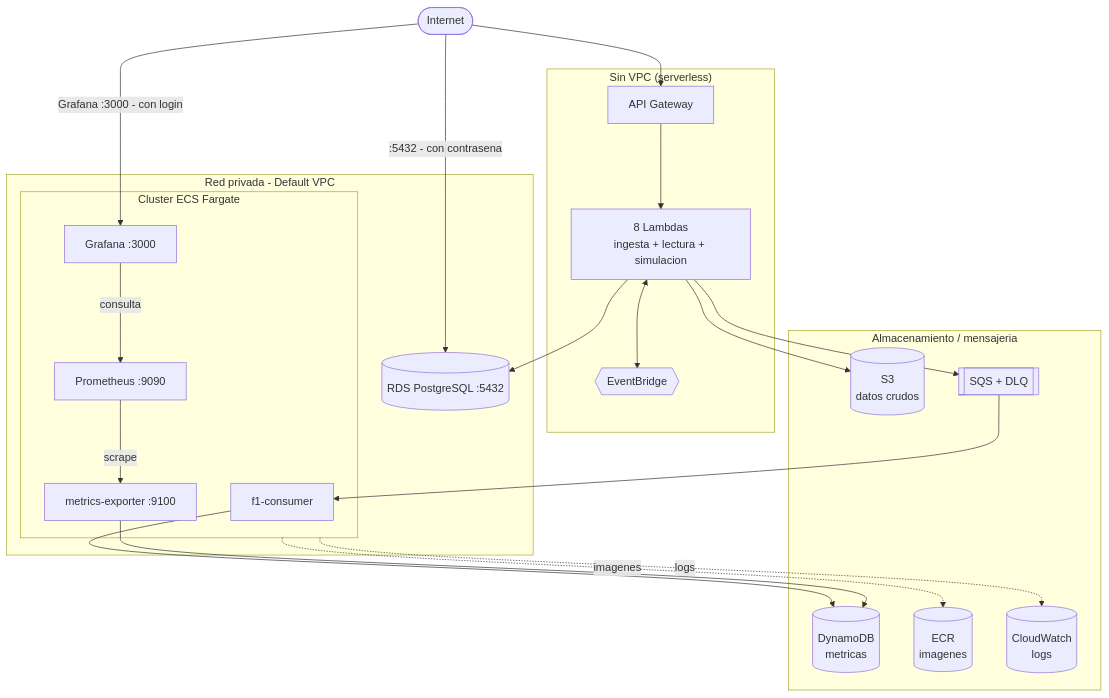
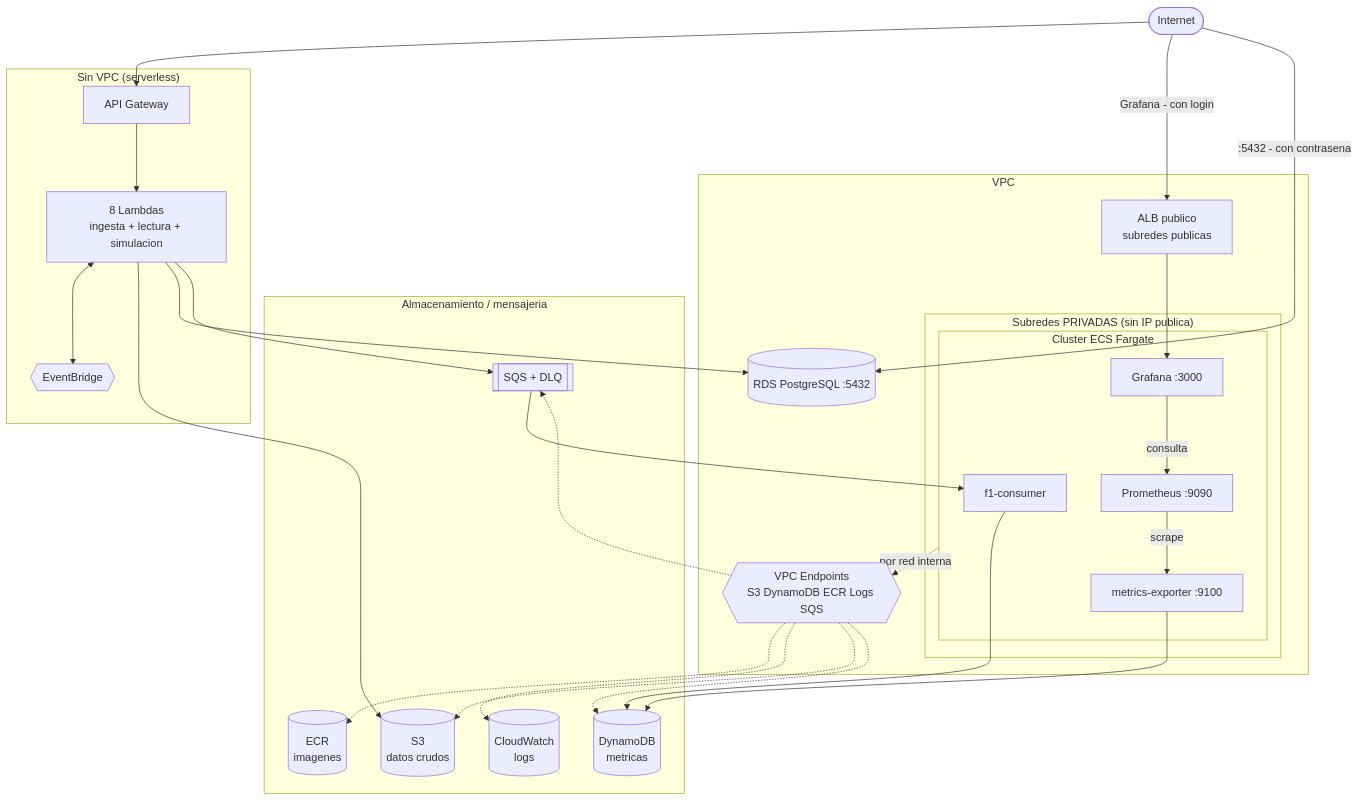
One commit to juanlu-a/RaceTrack changed the second of 2 diagrams in docs/ARQUITECTURA.md. Above: the diagram before and after it, drawn with Mermaid. The commit also changed other lines of this file and 8 other files, not shown here.

First line of the commit message:
Release v1.1.3 — subredes privadas + VPC endpoints + ALB (#45)

````diff
--- a/docs/ARQUITECTURA.md
+++ b/docs/ARQUITECTURA.md
@@ -68,45 +68,53 @@
 ```mermaid
 flowchart TB
     internet([Internet])
 
     subgraph fuera["Sin VPC (serverless)"]
         API[API Gateway]
         EB{{EventBridge}}
         LAMBDAS[8 Lambdas<br/>ingesta + lectura + simulacion]
     end
 
     subgraph datos["Almacenamiento / mensajeria"]
         S3[(S3<br/>datos crudos)]
         DDB[(DynamoDB<br/>metricas)]
         SQS[[SQS + DLQ]]
         ECR[(ECR<br/>imagenes)]
         CW[(CloudWatch<br/>logs)]
     end
 
-    subgraph vpc["Red privada - Default VPC"]
-        subgraph ecs["Cluster ECS Fargate"]
-            CONS[f1-consumer]
-            EXP[metrics-exporter :9100]
-            PROM[Prometheus :9090]
-            GRAF[Grafana :3000]
+    subgraph vpc["VPC"]
+        ALB[ALB publico<br/>subredes publicas]
+        VPCE{{VPC Endpoints<br/>S3 DynamoDB ECR Logs SQS}}
+        subgraph priv["Subredes PRIVADAS (sin IP publica)"]
+            subgraph ecs["Cluster ECS Fargate"]
+                CONS[f1-consumer]
+                EXP[metrics-exporter :9100]
+                PROM[Prometheus :9090]
+                GRAF[Grafana :3000]
+            end
         end
         RDS[(RDS PostgreSQL :5432)]
     end
 
     internet --> API
-    internet -->|"Grafana :3000 - con login"| GRAF
+    internet -->|"Grafana - con login"| ALB --> GRAF
     internet -->|":5432 - con contrasena"| RDS
 
     API --> LAMBDAS
     LAMBDAS <--> EB
     LAMBDAS --> S3
     LAMBDAS --> RDS
     LAMBDAS --> SQS
 
     SQS --> CONS --> DDB
     EXP --> DDB
     PROM -->|scrape| EXP
     GRAF -->|consulta| PROM
-    ecs -.imagenes.-> ECR
-    ecs -.logs.-> CW
+    ecs -.por red interna.-> VPCE
+    VPCE -.-> ECR
+    VPCE -.-> CW
+    VPCE -.-> S3
+    VPCE -.-> DDB
+    VPCE -.-> SQS
 ```
````
